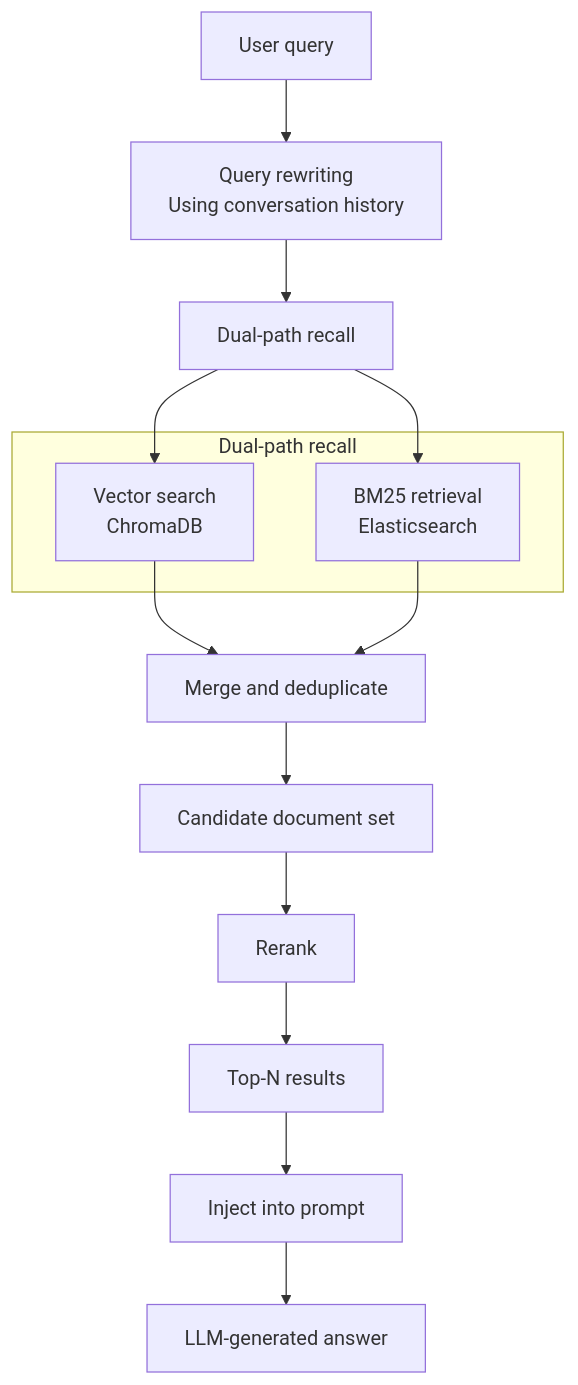
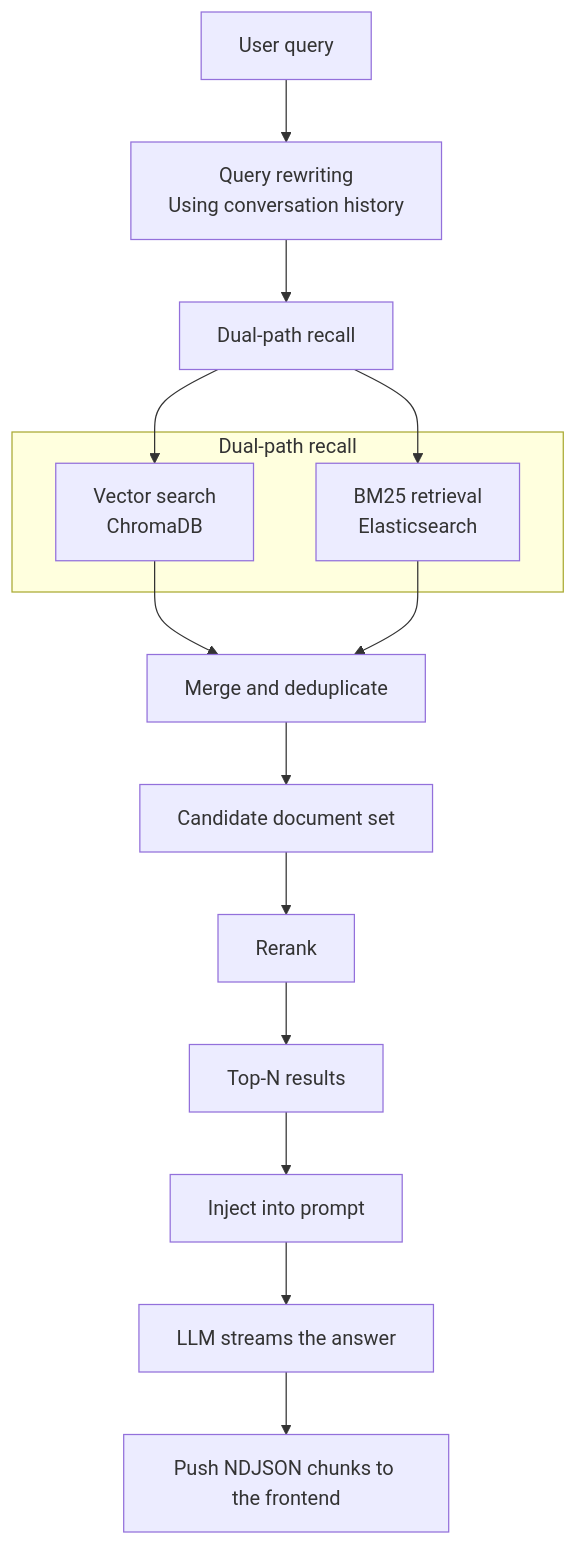
One commit to 11497/xlt changed the diagram in README-en.md. Above: the diagram before and after it, drawn with Mermaid. The commit also changed other lines of this file, not shown here.

````diff
--- a/README-en.md
+++ b/README-en.md
@@ -365,22 +412,23 @@
 ```mermaid
 flowchart TD
     A[User query] --> B[Query rewriting<br/>Using conversation history]
     B --> C[Dual-path recall]
 
     subgraph Dual-path recall
         D[Vector search<br/>ChromaDB]
         E[BM25 retrieval<br/>Elasticsearch]
     end
 
     C --> D
     C --> E
 
     D --> F[Merge and deduplicate]
     E --> F
 
     F --> G[Candidate document set]
     G --> H[Rerank]
     H --> I[Top-N results]
     I --> J[Inject into prompt]
-    J --> K[LLM-generated answer]
+    J --> K[LLM streams the answer]
+    K --> L[Push NDJSON chunks to the frontend]
 ```
````
